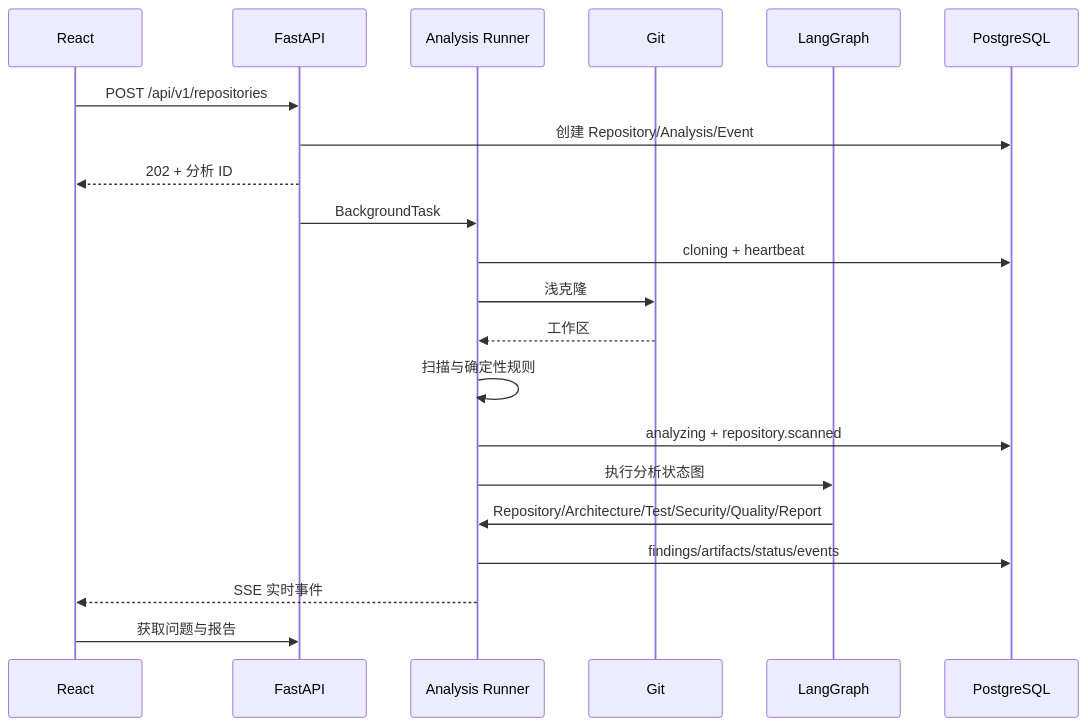
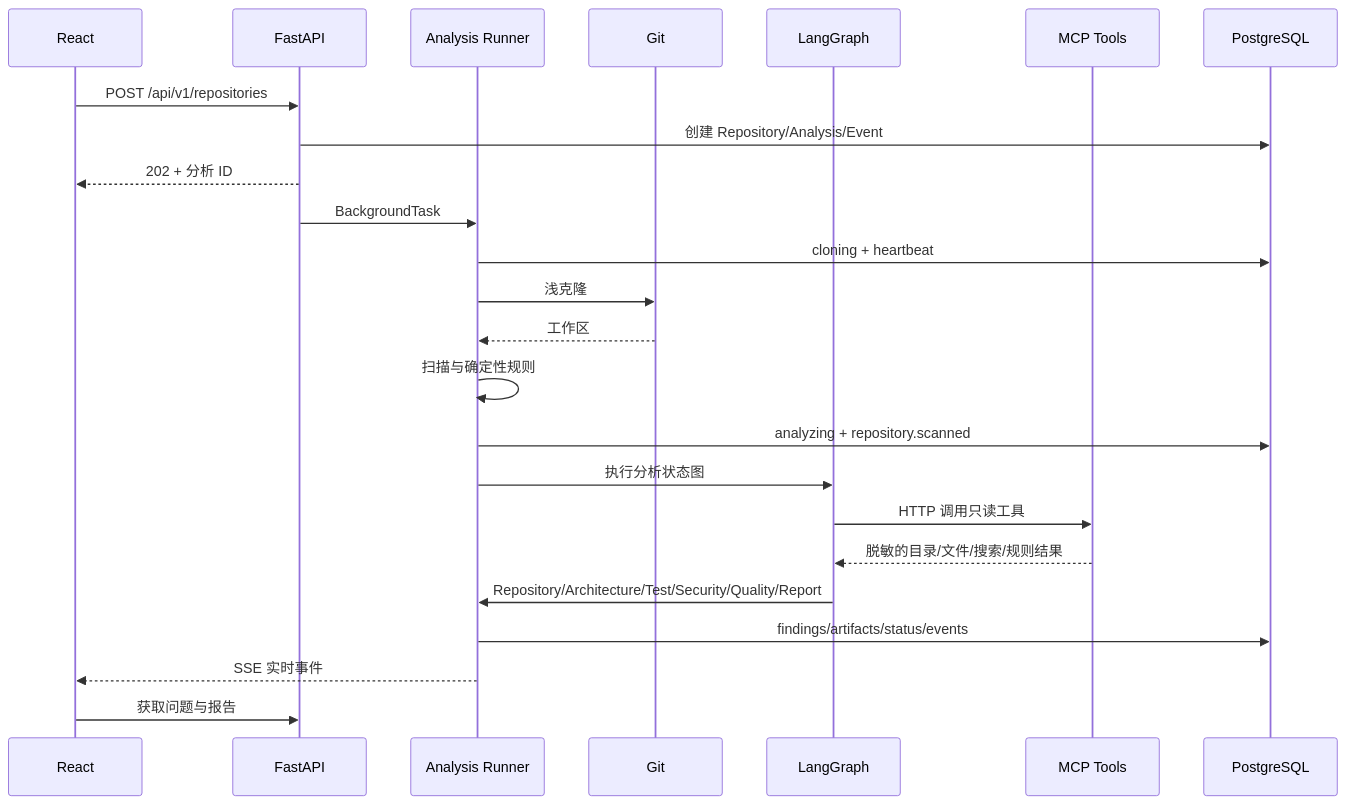
The second of 3 diagrams in docs/ARCHITECTURE.md (tangyongjie123/Multiagent), drawn with Mermaid before and after one commit. The commit also changed other lines of this file and 23 other files, not shown here.

Commit message:
feat: add MCP repository analysis tools

````diff
--- a/docs/ARCHITECTURE.md
+++ b/docs/ARCHITECTURE.md
@@ -57,24 +66,27 @@
 ```mermaid
 sequenceDiagram
     participant UI as React
     participant API as FastAPI
     participant Runner as Analysis Runner
     participant Git as Git
     participant Graph as LangGraph
+    participant MCP as MCP Tools
     participant DB as PostgreSQL
 
     UI->>API: POST /api/v1/repositories
     API->>DB: 创建 Repository/Analysis/Event
     API-->>UI: 202 + 分析 ID
     API->>Runner: BackgroundTask
     Runner->>DB: cloning + heartbeat
     Runner->>Git: 浅克隆
     Git-->>Runner: 工作区
     Runner->>Runner: 扫描与确定性规则
     Runner->>DB: analyzing + repository.scanned
     Runner->>Graph: 执行分析状态图
+    Graph->>MCP: HTTP 调用只读工具
+    MCP-->>Graph: 脱敏的目录/文件/搜索/规则结果
     Graph->>Runner: Repository/Architecture/Test/Security/Quality/Report
     Runner->>DB: findings/artifacts/status/events
     Runner-->>UI: SSE 实时事件
     UI->>API: 获取问题与报告
 ```
````
